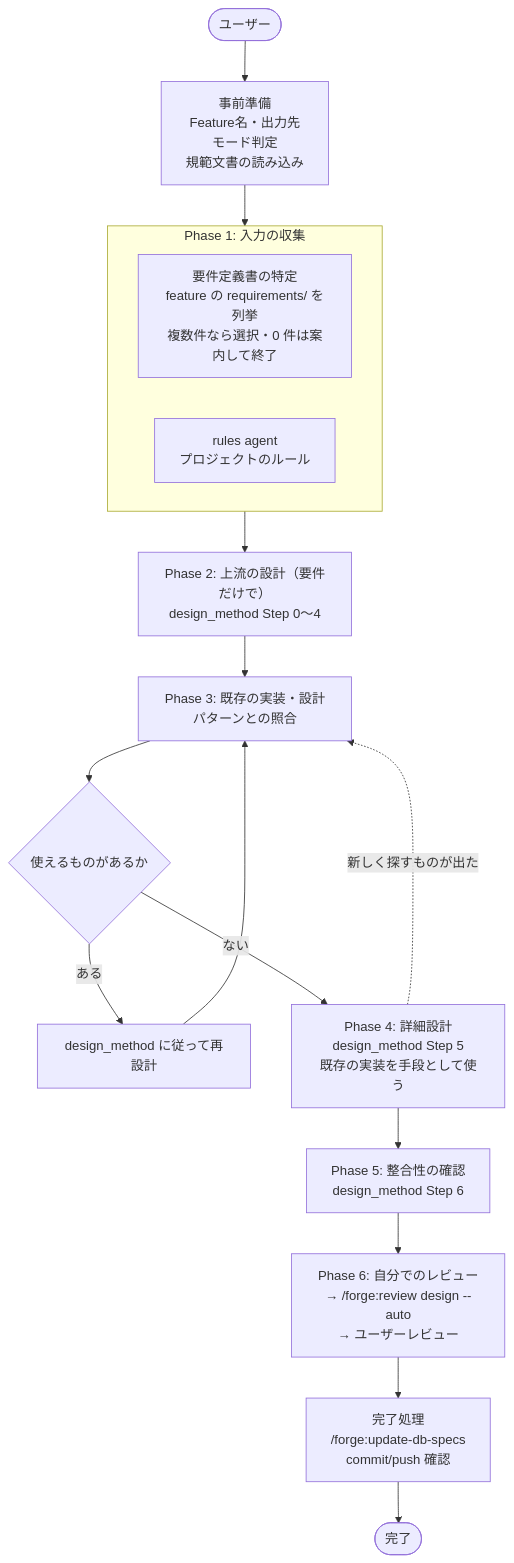
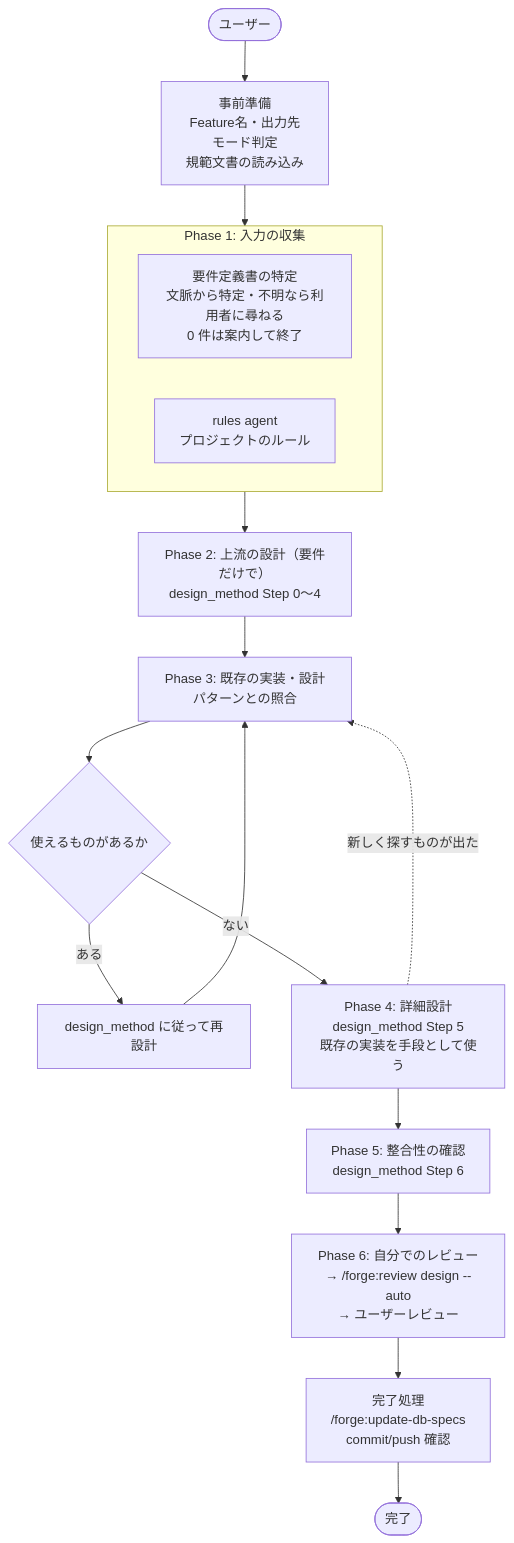
Before and after one commit to BlueEventHorizon/bw-cc-plugins: the diagram in docs/specs/forge/design/DES-018_create_design_workflow_design.md, drawn with Mermaid. The commit also changed other lines of this file and 11 other files, not shown here.

````diff
--- a/docs/specs/forge/design/DES-018_create_design_workflow_design.md
+++ b/docs/specs/forge/design/DES-018_create_design_workflow_design.md
@@ -14,29 +14,29 @@
 ```mermaid
 flowchart TD
     User([ユーザー]) --> PREREQ
 
     PREREQ["事前準備<br>Feature名・出力先<br>モード判定<br>規範文書の読み込み"] --> COLLECT
 
     subgraph COLLECT["Phase 1: 入力の収集"]
-        A1["要件定義書の特定<br>feature の requirements/ を列挙<br>複数件なら選択・0 件は案内して終了"]
+        A1["要件定義書の特定<br>文脈から特定・不明なら利用者に尋ねる<br>0 件は案内して終了"]
         A2["rules agent<br>プロジェクトのルール"]
     end
 
     COLLECT --> DESIGN
 
     DESIGN["Phase 2: 上流の設計（要件だけで）<br>design_method Step 0〜4"] --> MATCH
 
     MATCH["Phase 3: 既存の実装・設計パターンとの照合"] --> FOUND{使えるものがあるか}
     FOUND -->|"ある"| REDESIGN["design_method に従って再設計"]
     REDESIGN --> MATCH
     FOUND -->|"ない"| DETAIL
 
     DETAIL["Phase 4: 詳細設計<br>design_method Step 5<br>既存の実装を手段として使う"] --> CHECK
     DETAIL -.->|"新しく探すものが出た"| MATCH
 
     CHECK["Phase 5: 整合性の確認<br>design_method Step 6"] --> REVIEW
 
     REVIEW["Phase 6: 自分でのレビュー<br>→ /forge:review design --auto<br>→ ユーザーレビュー"] --> FINISH
 
     FINISH["完了処理<br>/forge:update-db-specs<br>commit/push 確認"] --> Done([完了])
 ```
````
